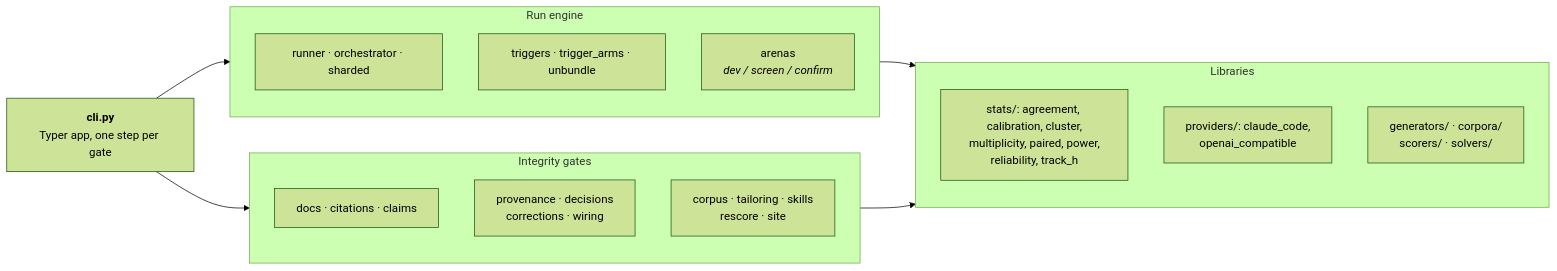
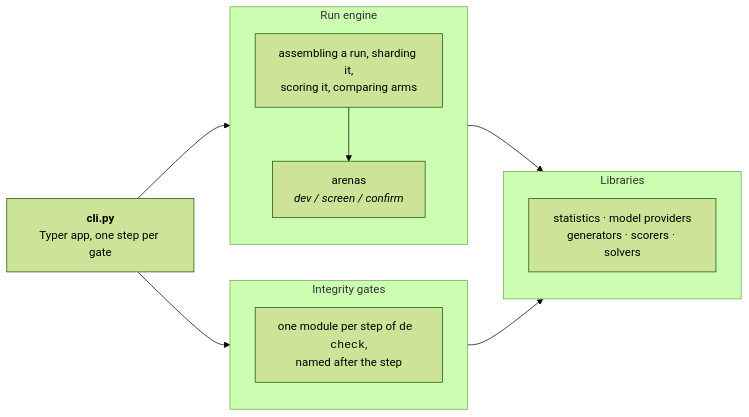
One commit to AngelCampa1/decision-making changed the third of 6 diagrams in docs/ARCHITECTURE.md. Above: the diagram before and after it, drawn with Mermaid (forest theme). The commit also changed other lines of this file and 7 other files, not shown here.

````diff
--- a/docs/ARCHITECTURE.md
+++ b/docs/ARCHITECTURE.md
@@ -110,30 +110,26 @@
 ```mermaid
 flowchart LR
     cli["<b>cli.py</b><br/>Typer app, one step per gate"]
 
     subgraph g["Integrity gates"]
         direction TB
-        g1["docs · citations · claims"]
-        g2["provenance · decisions<br/>corrections · wiring"]
-        g3["corpus · tailoring · skills<br/>rescore · site"]
+        g1["one module per step of <tt>de check</tt>,<br/>named after the step"]
     end
 
     subgraph r["Run engine"]
         direction TB
-        r1["runner · orchestrator · sharded"]
-        r2["triggers · trigger_arms · unbundle"]
-        r3["arenas<br/><i>dev / screen / confirm</i>"]
+        r1["assembling a run, sharding it,<br/>scoring it, comparing arms"]
+        r2["arenas<br/><i>dev / screen / confirm</i>"]
+        r1 --> r2
     end
 
     subgraph l["Libraries"]
         direction TB
-        l1["stats/: agreement, calibration, cluster,<br/>multiplicity, paired, power,<br/>reliability, track_h"]
-        l2["providers/: claude_code,<br/>openai_compatible"]
-        l3["generators/ · corpora/<br/>scorers/ · solvers/"]
+        l1["statistics · model providers<br/>generators · scorers · solvers"]
     end
 
     cli --> g
     cli --> r
     r --> l
     g --> l
 ```
````
